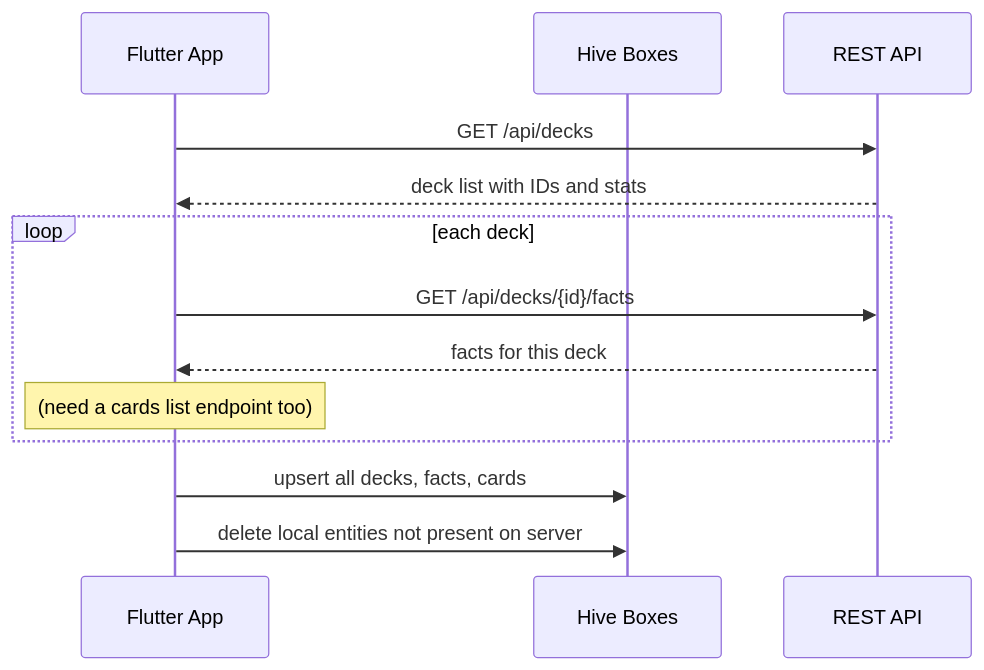
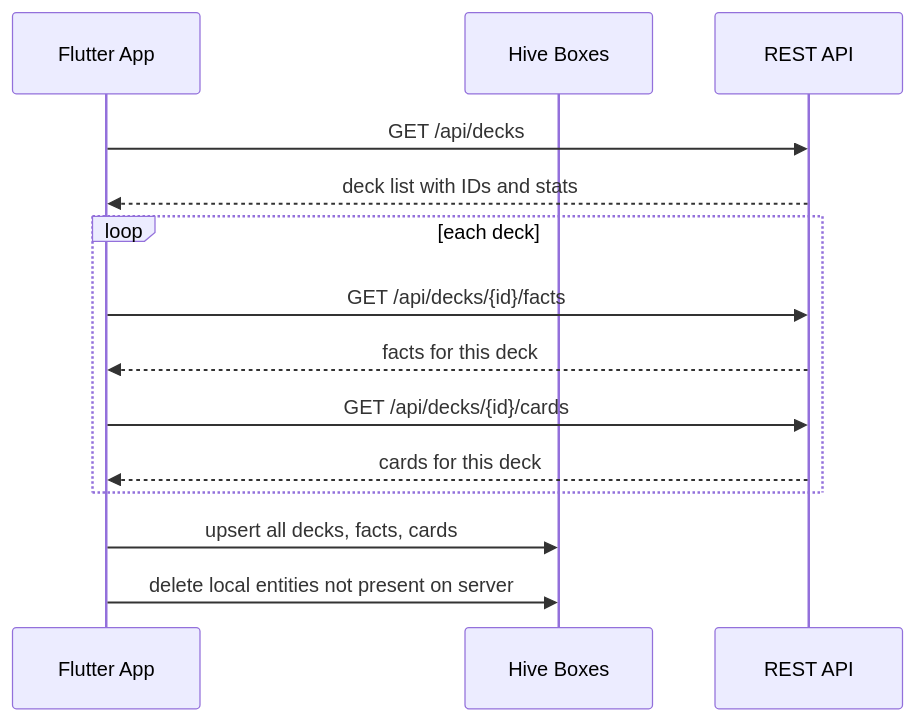
Before and after one commit to otus-io/retentio-web-test: the sixth of 6 diagrams in docs/design-doc/offline-first-review.md, drawn with Mermaid. The commit also changed other lines of this file and 4 other files, not shown here.

````diff
--- a/docs/design-doc/offline-first-review.md
+++ b/docs/design-doc/offline-first-review.md
@@ -260,16 +299,17 @@
 ```mermaid
 sequenceDiagram
     participant App as Flutter App
     participant Hive as Hive Boxes
     participant API as REST API
 
     App->>API: GET /api/decks
     API-->>App: deck list with IDs and stats
     loop each deck
         App->>API: GET /api/decks/{id}/facts
         API-->>App: facts for this deck
-        Note over App: (need a cards list endpoint too)
+        App->>API: GET /api/decks/{id}/cards
+        API-->>App: cards for this deck
     end
     App->>Hive: upsert all decks, facts, cards
     App->>Hive: delete local entities not present on server
 ```
````
